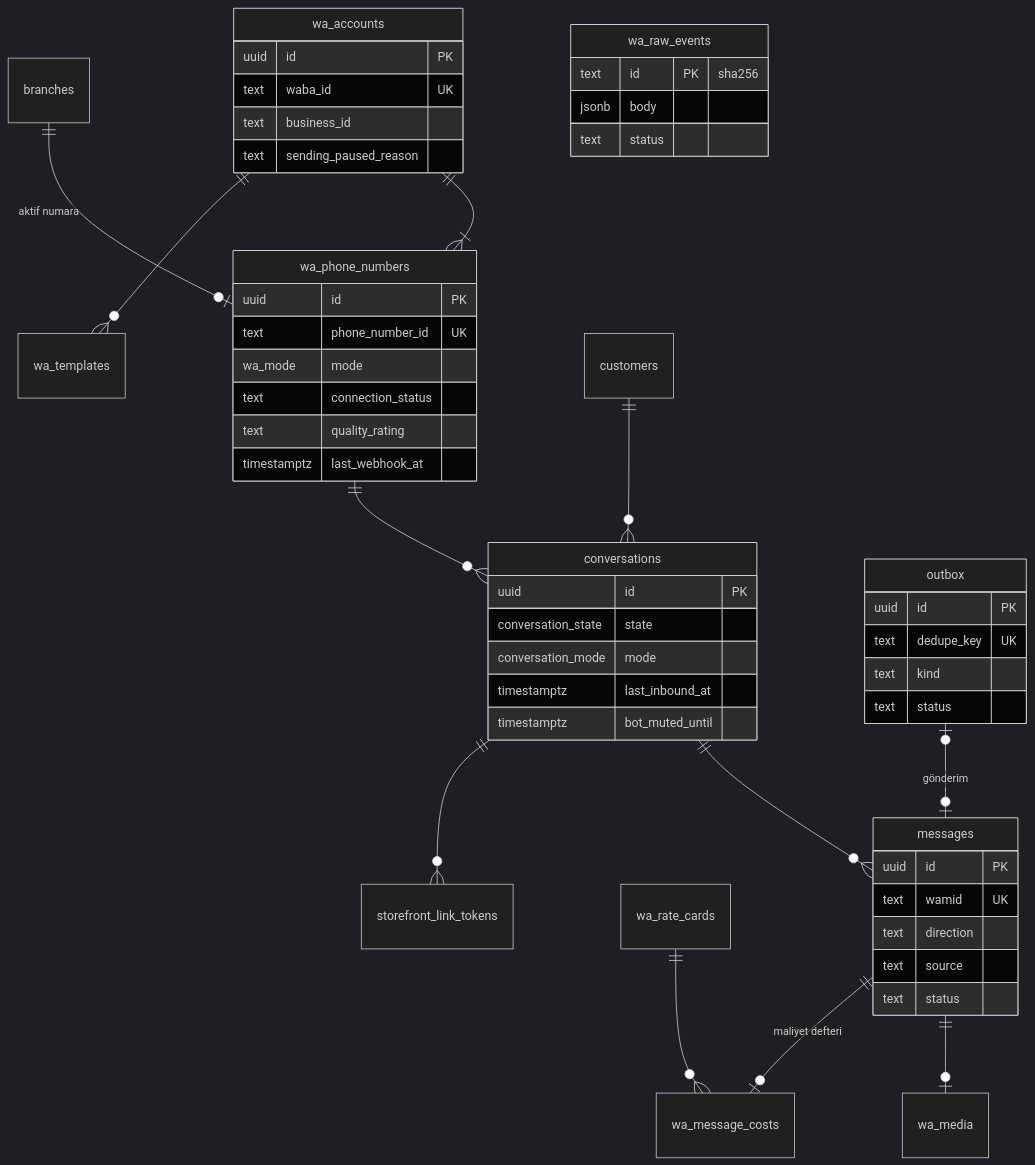
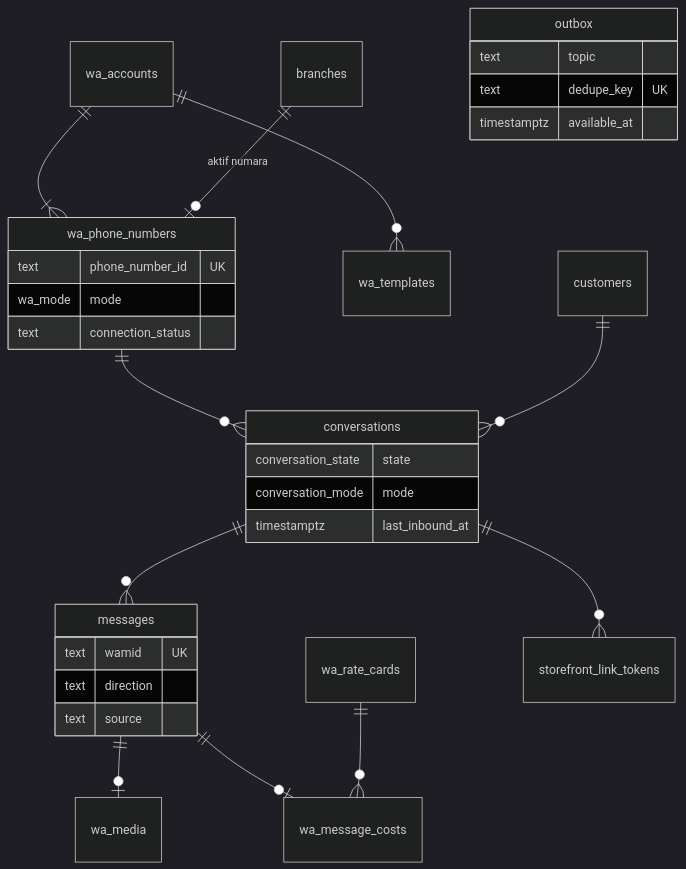
The fourth of 9 diagrams in docs/07-veri-modeli-ve-api.md (eraycaylak/siparisinonunde), drawn with Mermaid (dark theme) before and after one commit. The commit also changed other lines of this file, not shown here.

````diff
--- a/docs/07-veri-modeli-ve-api.md
+++ b/docs/07-veri-modeli-ve-api.md
@@ -239,41 +208,33 @@
 ```mermaid
 erDiagram
   wa_accounts ||--|{ wa_phone_numbers : ""
   branches ||--o| wa_phone_numbers : "aktif numara"
   wa_accounts ||--o{ wa_templates : ""
   wa_phone_numbers ||--o{ conversations : ""
   customers ||--o{ conversations : ""
   conversations ||--o{ messages : ""
   messages ||--o| wa_media : ""
-  messages ||--o| wa_message_costs : "maliyet defteri"
+  messages ||--o| wa_message_costs : ""
   wa_rate_cards ||--o{ wa_message_costs : ""
-  outbox |o--o| messages : "gönderim"
   conversations ||--o{ storefront_link_tokens : ""
-  wa_accounts { uuid id PK
-    text waba_id UK
-    text business_id
-    text sending_paused_reason }
-  wa_phone_numbers { uuid id PK
+  wa_phone_numbers {
     text phone_number_id UK
     wa_mode mode
     text connection_status
-    text quality_rating
-    timestamptz last_webhook_at }
-  conversations { uuid id PK
+  }
+  conversations {
     conversation_state state
     conversation_mode mode
     timestamptz last_inbound_at
-    timestamptz bot_muted_until }
-  messages { uuid id PK
+  }
+  messages {
     text wamid UK
     text direction
     text source
-    text status }
-  wa_raw_events { text id PK "sha256"
-    jsonb body
-    text status }
-  outbox { uuid id PK
+  }
+  outbox {
+    text topic
     text dedupe_key UK
-    text kind
-    text status }
+    timestamptz available_at
+  }
 ```
````
